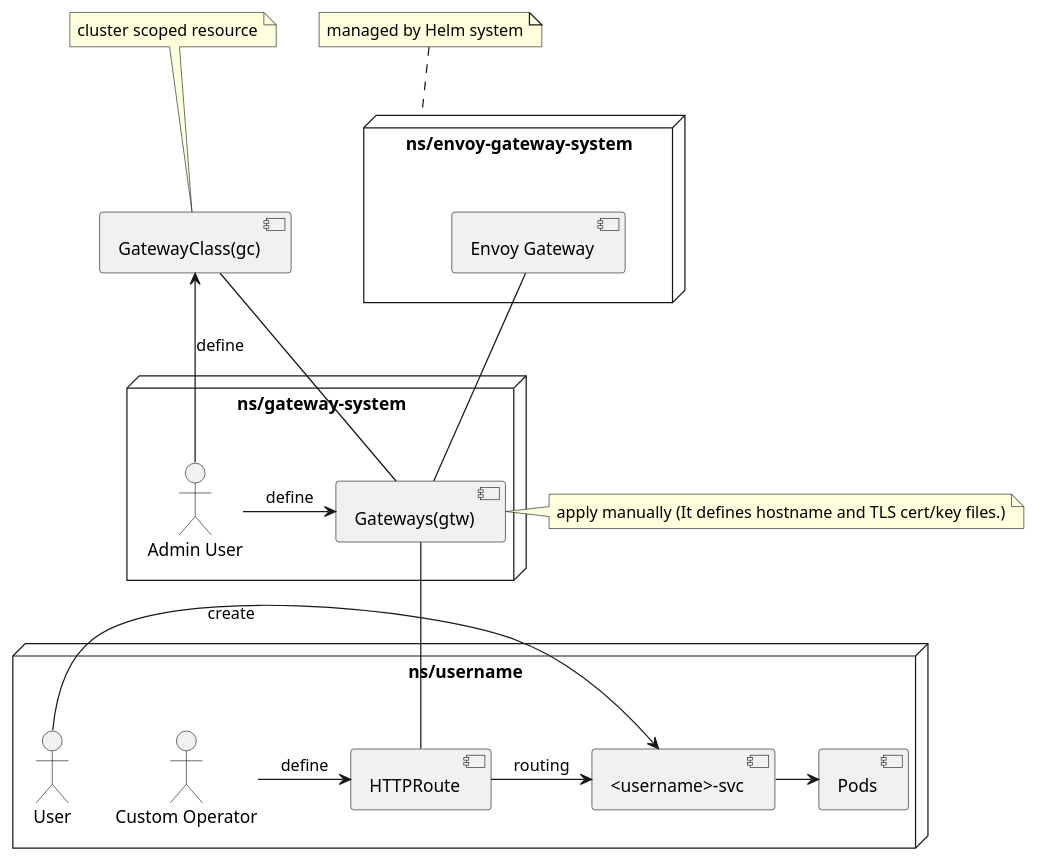
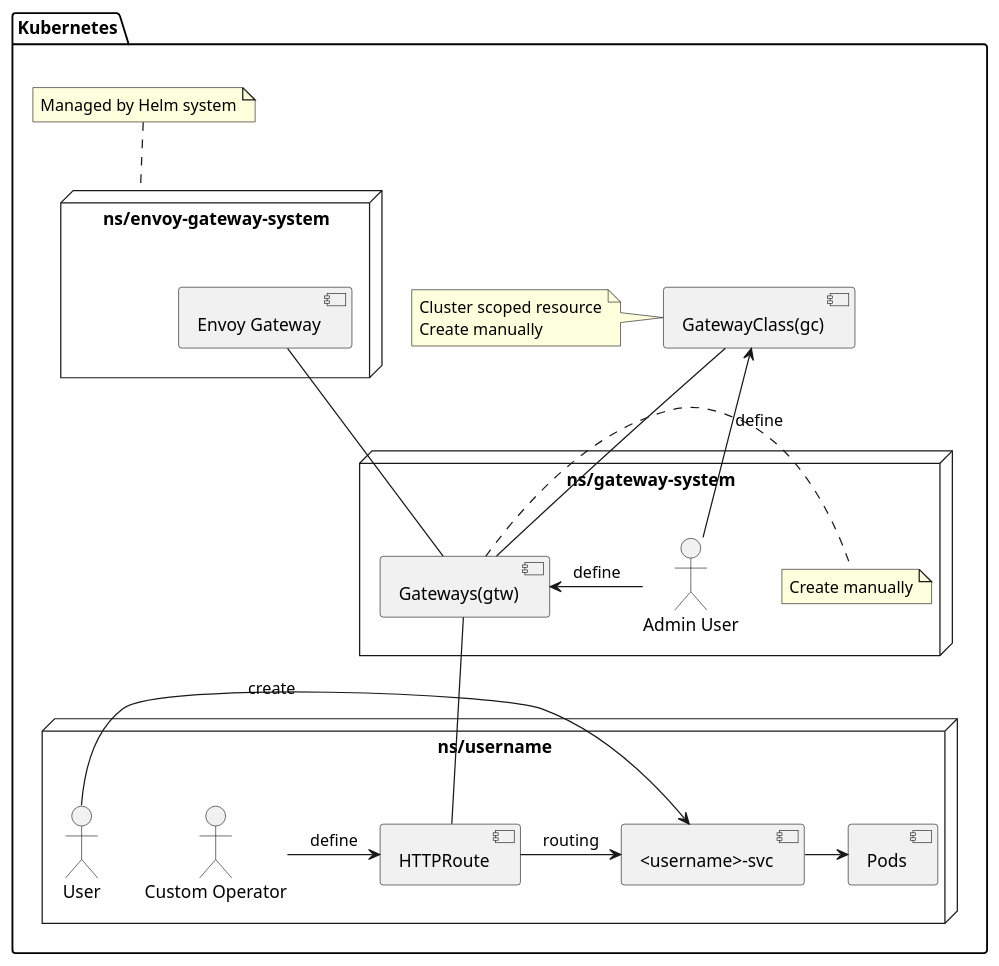
One commit to YasuhiroABE/qiita.com changed the first of 2 diagrams in public/20260502_ingress2gateway.md. Above: the diagram before and after it, drawn with PlantUML. The commit also changed other lines of this file, not shown here.

Commit message:
Update with the static ip addressing section on 20260502_ingress2gateway.md.

````diff
--- a/public/20260502_ingress2gateway.md
+++ b/public/20260502_ingress2gateway.md
@@ -50,35 +50,42 @@
 ```plantuml:
+package Kubernetes {
 [GatewayClass(gc)] as GC
 
 node "ns/envoy-gateway-system" {
   [Envoy Gateway] AS EG
 }
 
 node "ns/gateway-system" {
   [Gateways(gtw)] AS GTW
   "Admin User"
+  note right of GTW : Create manually
 }
 
 node "ns/username" {
   [HTTPRoute] AS Route
   "Custom Operator"
   [Pods]
   "User"
   [<username>-svc] as USVC
 }
 
-note top of GC : cluster scoped resource
-note top of "ns/envoy-gateway-system" : managed by Helm system
-note right of GTW : apply manually (It defines hostname and TLS cert/key files.)
+
+note left of GC
+  Cluster scoped resource
+  Create manually
+end note
+note top of "ns/envoy-gateway-system" : Managed by Helm system
+
+}
 
 "Admin User" -> GC : define
 "Admin User" -> GTW : define
 "Custom Operator" -> Route : define
 Route -> USVC : routing
 "User" ->  USVC : create
 USVC -> [Pods]
 
 EG -- GTW
 GC -- GTW
 GTW -- Route
 ```
````
